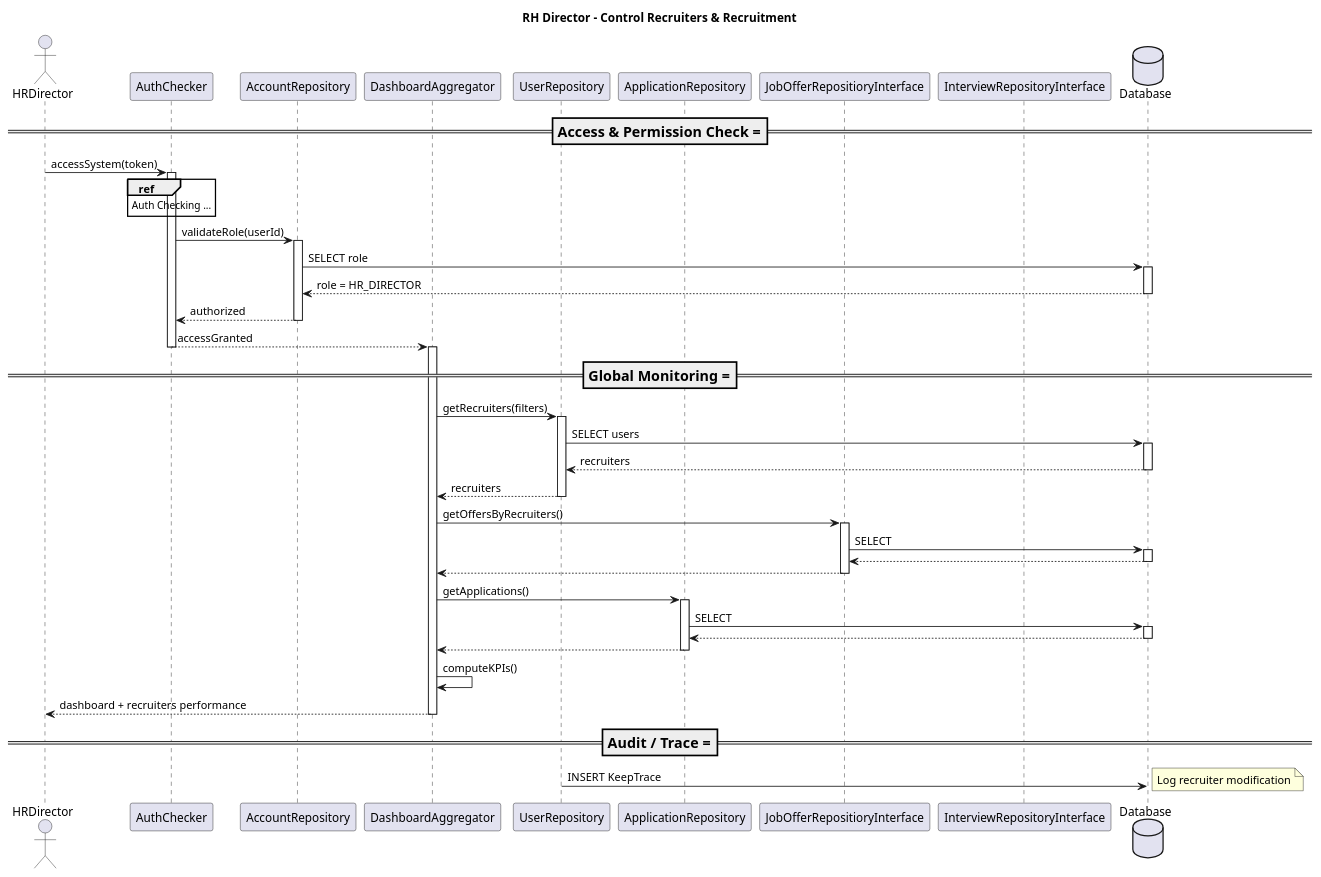
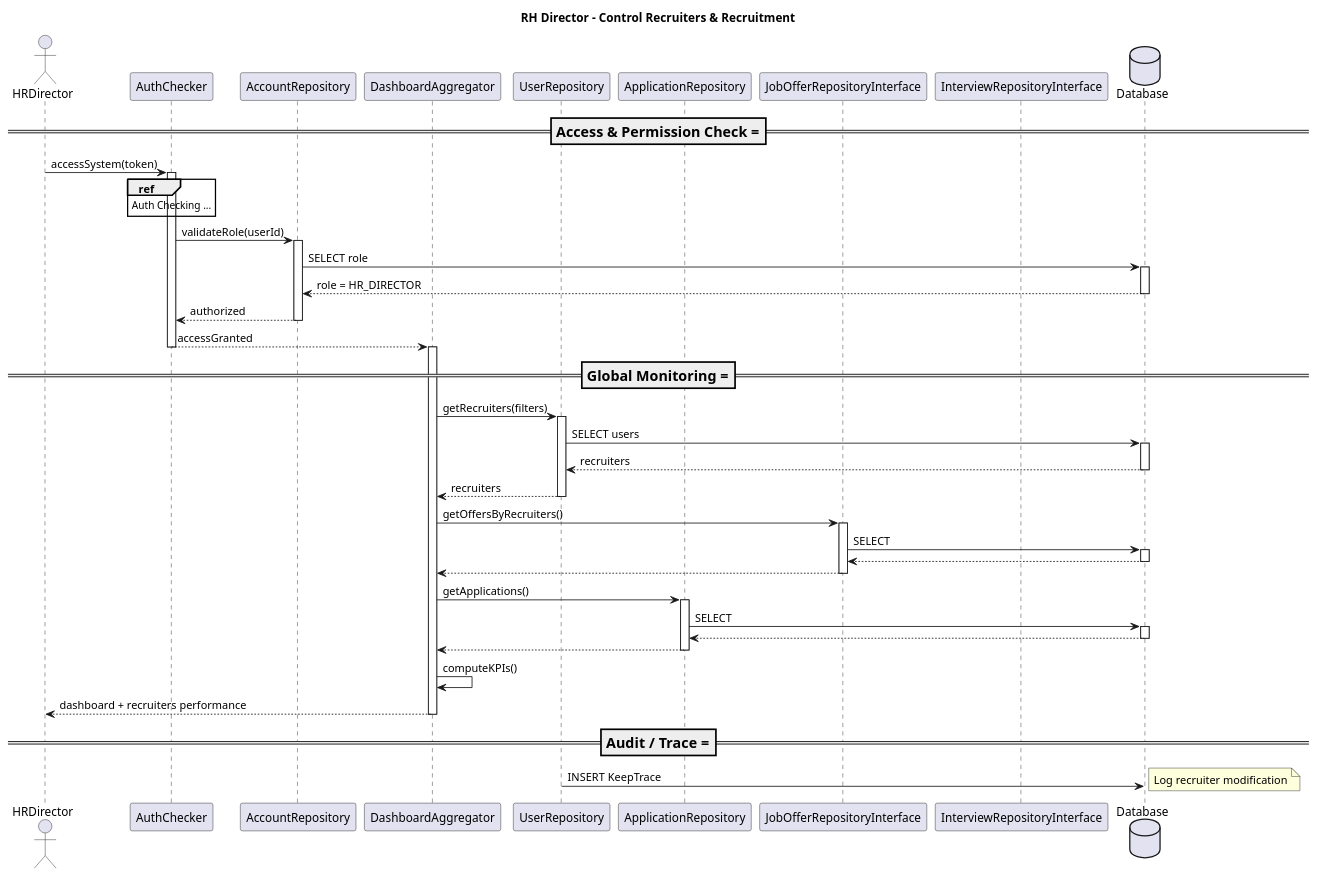
One commit to Spriggan-Team/HiringForge changed the diagram in backend/ressources/modeling/sequences/rh.director.puml. Above: the diagram before and after it, drawn with PlantUML. The commit also changed 44 other files, not shown here.

```diff
--- a/backend/ressources/modeling/sequences/rh.director.puml
+++ b/backend/ressources/modeling/sequences/rh.director.puml
@@ -1,88 +1,88 @@
 @startuml
 
 title RH Director - Control Recruiters & Recruitment
 
 actor HRDirector as Thomas
 
 participant AuthChecker
 participant AccountRepository
 participant DashboardAggregator
 participant UserRepository
 participant ApplicationRepository
-participant JobOfferRepositioryInterface
+participant JobOfferRepositoryInterface
 participant InterviewRepositoryInterface
 database Database
 
 === Access & Permission Check ===
 
 Thomas -> AuthChecker : accessSystem(token)
 ref over AuthChecker
     Auth Checking ...
 end ref
 activate AuthChecker
 
 AuthChecker -> AccountRepository : validateRole(userId)
 activate AccountRepository
 
 AccountRepository -> Database : SELECT role
 activate Database
 Database --> AccountRepository : role = HR_DIRECTOR
 deactivate Database
 
 AccountRepository --> AuthChecker : authorized
 deactivate AccountRepository
 
 AuthChecker --> DashboardAggregator : accessGranted
 deactivate AuthChecker
 activate DashboardAggregator
 
 
 === Global Monitoring ===
 
 DashboardAggregator -> UserRepository : getRecruiters(filters)
 activate UserRepository
 
 UserRepository -> Database : SELECT users
 activate Database
 Database --> UserRepository : recruiters
 deactivate Database
 
 UserRepository --> DashboardAggregator : recruiters
 deactivate UserRepository
 
 
-DashboardAggregator -> JobOfferRepositioryInterface : getOffersByRecruiters()
-activate JobOfferRepositioryInterface
-JobOfferRepositioryInterface -> Database : SELECT
+DashboardAggregator -> JobOfferRepositoryInterface : getOffersByRecruiters()
+activate JobOfferRepositoryInterface
+JobOfferRepositoryInterface -> Database : SELECT
 activate Database
-Database --> JobOfferRepositioryInterface
+Database --> JobOfferRepositoryInterface
 deactivate Database
-JobOfferRepositioryInterface --> DashboardAggregator
-deactivate JobOfferRepositioryInterface
+JobOfferRepositoryInterface --> DashboardAggregator
+deactivate JobOfferRepositoryInterface
 
 
 DashboardAggregator -> ApplicationRepository : getApplications()
 activate ApplicationRepository
 ApplicationRepository -> Database : SELECT
 activate Database
 Database --> ApplicationRepository
 deactivate Database
 ApplicationRepository --> DashboardAggregator
 deactivate ApplicationRepository
 
 
 DashboardAggregator -> DashboardAggregator : computeKPIs()
 
 DashboardAggregator --> Thomas : dashboard + recruiters performance
 deactivate DashboardAggregator
 
 
 
 === Audit / Trace ===
 
 UserRepository -> Database : INSERT KeepTrace
 note right
     Log recruiter modification
 end note
 
 @enduml
```
